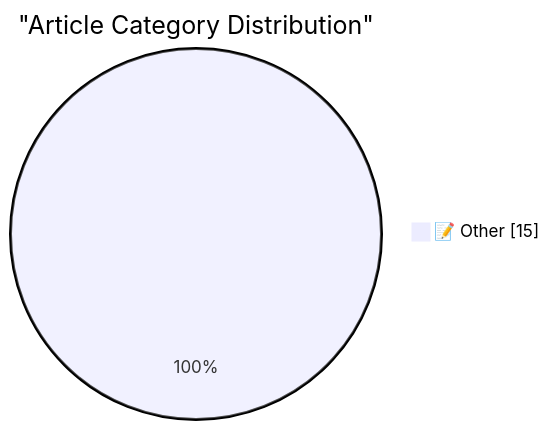
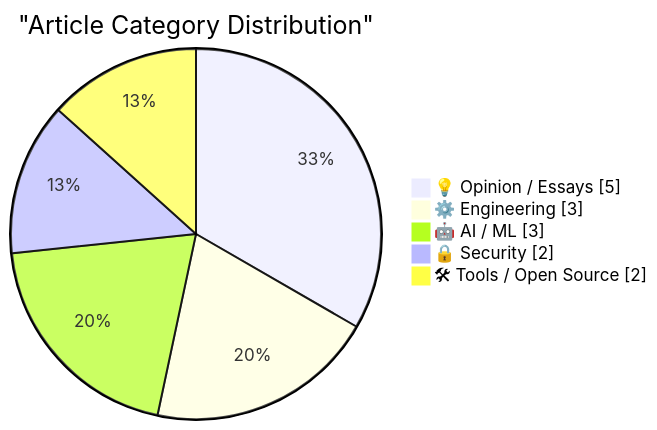
One commit to mxggle/readwise-reports changed the first of 2 diagrams in docs/hn/2026-05-29.md. Above: the diagram before and after it, drawn with Mermaid. The commit also changed other lines of this file and 4 other files, not shown here.

````diff
--- a/docs/hn/2026-05-29.md
+++ b/docs/hn/2026-05-29.md
@@ -43,5 +59,9 @@
 ```mermaid
 pie showData
     title "Article Category Distribution"
-    "📝 Other" : 15
+    "💡 Opinion / Essays" : 5
+    "⚙️ Engineering" : 3
+    "🤖 AI / ML" : 3
+    "🔒 Security" : 2
+    "🛠 Tools / Open Source" : 2
 ```
````
